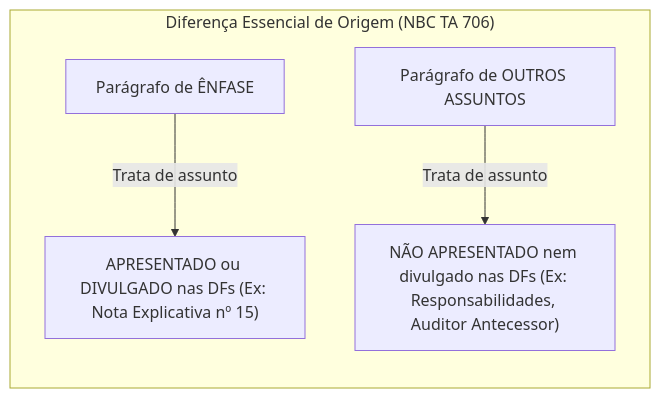
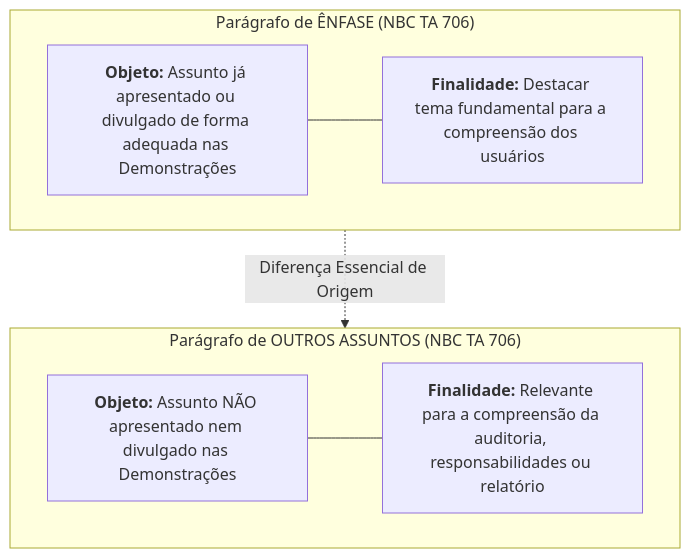
The second of 4 diagrams in docs/19-auditoria/04-comunicacao-e-relatorios/03-enfase-outros-assuntos-e-paa-kam-nbc-ta-706-701.md (gilsonnogueira/OpenConcursos), drawn with Mermaid before and after one commit. The commit also changed 17 other files, not shown here.

Commit message:
style(diagrams): verticaliza todos os diagramas Mermaid para legibilidade em painel vertical

````diff
--- a/docs/19-auditoria/04-comunicacao-e-relatorios/03-enfase-outros-assuntos-e-paa-kam-nbc-ta-706-701.md
+++ b/docs/19-auditoria/04-comunicacao-e-relatorios/03-enfase-outros-assuntos-e-paa-kam-nbc-ta-706-701.md
@@ -54,7 +54,16 @@
 ```mermaid
-graph LR
-    subgraph "Diferença Essencial de Origem (NBC TA 706)"
-        A["Parágrafo de ÊNFASE"] -->|Trata de assunto| B["APRESENTADO ou DIVULGADO nas DFs (Ex: Nota Explicativa nº 15)"]
-        C["Parágrafo de OUTROS ASSUNTOS"] -->|Trata de assunto| D["NÃO APRESENTADO nem divulgado nas DFs (Ex: Responsabilidades, Auditor Antecessor)"]
+flowchart TD
+    subgraph ENFASE["Parágrafo de ÊNFASE (NBC TA 706)"]
+        E1["<b>Objeto:</b> Assunto já apresentado ou divulgado de forma adequada nas Demonstrações"]
+        E2["<b>Finalidade:</b> Destacar tema fundamental para a compreensão dos usuários"]
+        E1 --- E2
     end
+
+    subgraph OUTROS["Parágrafo de OUTROS ASSUNTOS (NBC TA 706)"]
+        O1["<b>Objeto:</b> Assunto NÃO apresentado nem divulgado nas Demonstrações"]
+        O2["<b>Finalidade:</b> Relevante para a compreensão da auditoria, responsabilidades ou relatório"]
+        O1 --- O2
+    end
+
+    ENFASE -.->|Diferença Essencial de Origem| OUTROS
 ```
````
